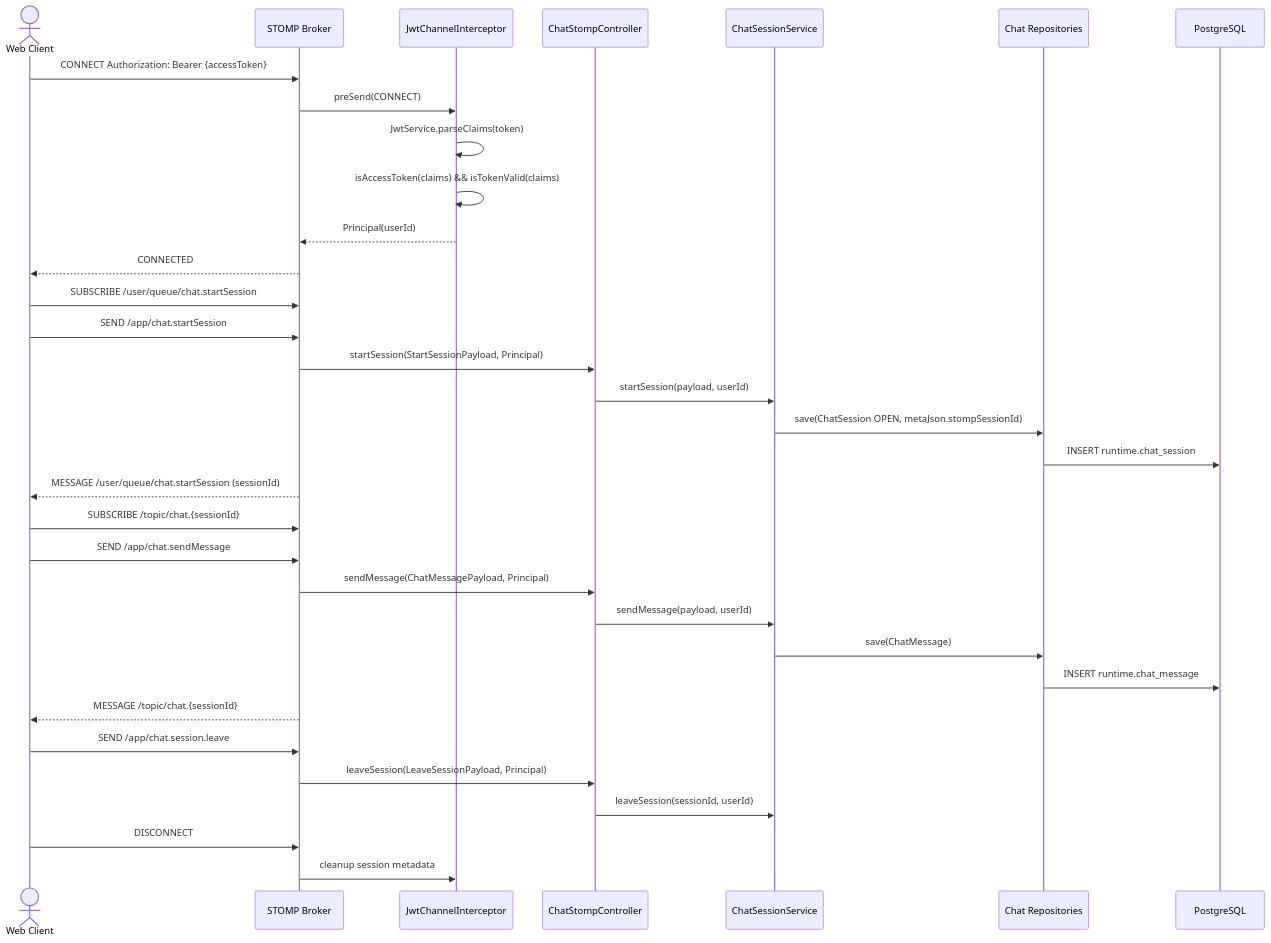
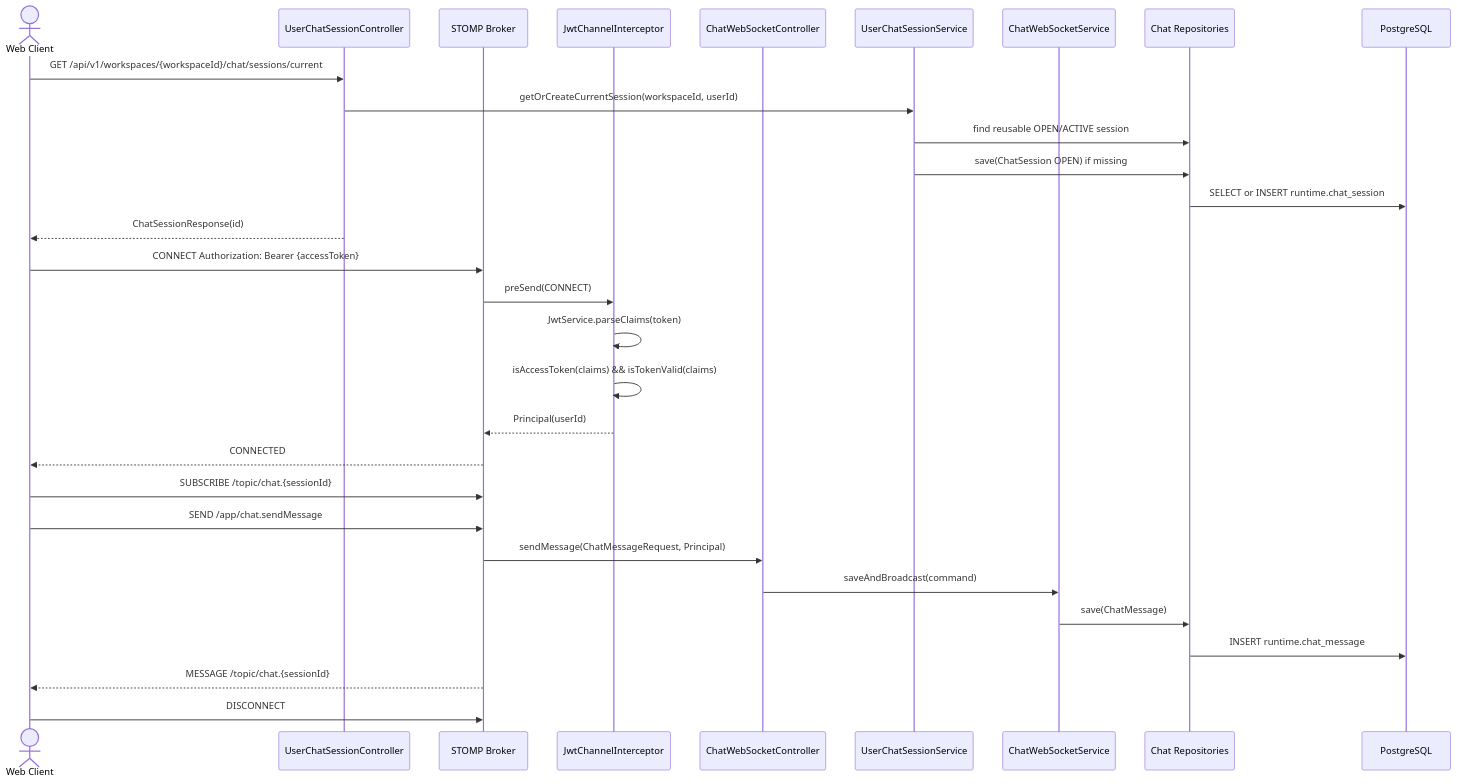
The first of 2 diagrams in .agent/specs/5.3.2.md (ajou-2026-1-capstone-5/ostone), drawn with Mermaid before and after one commit. The commit also changed other lines of this file and 25 other files, not shown here.

Commit message:
fix(chat): align user chat session API

````diff
--- a/.agent/specs/5.3.2.md
+++ b/.agent/specs/5.3.2.md
@@ -21,35 +21,32 @@
 ```mermaid
 sequenceDiagram
     actor client as Web Client
+    participant rest as UserChatSessionController
     participant broker as STOMP Broker
     participant interceptor as JwtChannelInterceptor
-    participant ctrl as ChatStompController
-    participant svc as ChatSessionService
+    participant ctrl as ChatWebSocketController
+    participant sessionSvc as UserChatSessionService
+    participant chatSvc as ChatWebSocketService
     participant repo as Chat Repositories
     participant db as PostgreSQL
+    client ->> rest: GET /api/v1/workspaces/{workspaceId}/chat/sessions/current
+    rest ->> sessionSvc: getOrCreateCurrentSession(workspaceId, userId)
+    sessionSvc ->> repo: find reusable OPEN/ACTIVE session
+    sessionSvc ->> repo: save(ChatSession OPEN) if missing
+    repo ->> db: SELECT or INSERT runtime.chat_session
+    rest -->> client: ChatSessionResponse(id)
     client ->> broker: CONNECT Authorization: Bearer {accessToken}
     broker ->> interceptor: preSend(CONNECT)
     interceptor ->> interceptor: JwtService.parseClaims(token)
     interceptor ->> interceptor: isAccessToken(claims) && isTokenValid(claims)
     interceptor -->> broker: Principal(userId)
     broker -->> client: CONNECTED
-    client ->> broker: SUBSCRIBE /user/queue/chat.startSession
-    client ->> broker: SEND /app/chat.startSession
-    broker ->> ctrl: startSession(StartSessionPayload, Principal)
-    ctrl ->> svc: startSession(payload, userId)
-    svc ->> repo: save(ChatSession OPEN, metaJson.stompSessionId)
-    repo ->> db: INSERT runtime.chat_session
-    broker -->> client: MESSAGE /user/queue/chat.startSession (sessionId)
     client ->> broker: SUBSCRIBE /topic/chat.{sessionId}
     client ->> broker: SEND /app/chat.sendMessage
-    broker ->> ctrl: sendMessage(ChatMessagePayload, Principal)
-    ctrl ->> svc: sendMessage(payload, userId)
-    svc ->> repo: save(ChatMessage)
+    broker ->> ctrl: sendMessage(ChatMessageRequest, Principal)
+    ctrl ->> chatSvc: saveAndBroadcast(command)
+    chatSvc ->> repo: save(ChatMessage)
     repo ->> db: INSERT runtime.chat_message
     broker -->> client: MESSAGE /topic/chat.{sessionId}
-    client ->> broker: SEND /app/chat.session.leave
-    broker ->> ctrl: leaveSession(LeaveSessionPayload, Principal)
-    ctrl ->> svc: leaveSession(sessionId, userId)
     client ->> broker: DISCONNECT
-    broker ->> interceptor: cleanup session metadata
 ```
````
